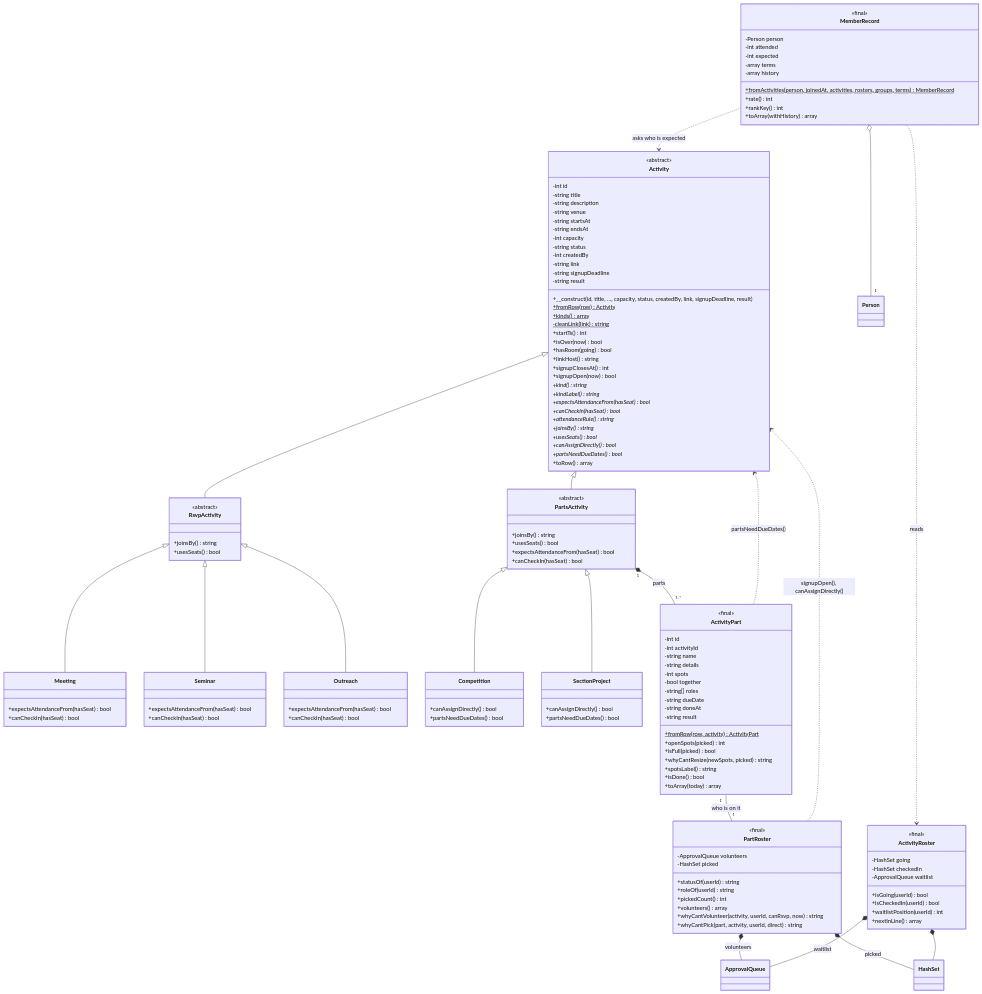
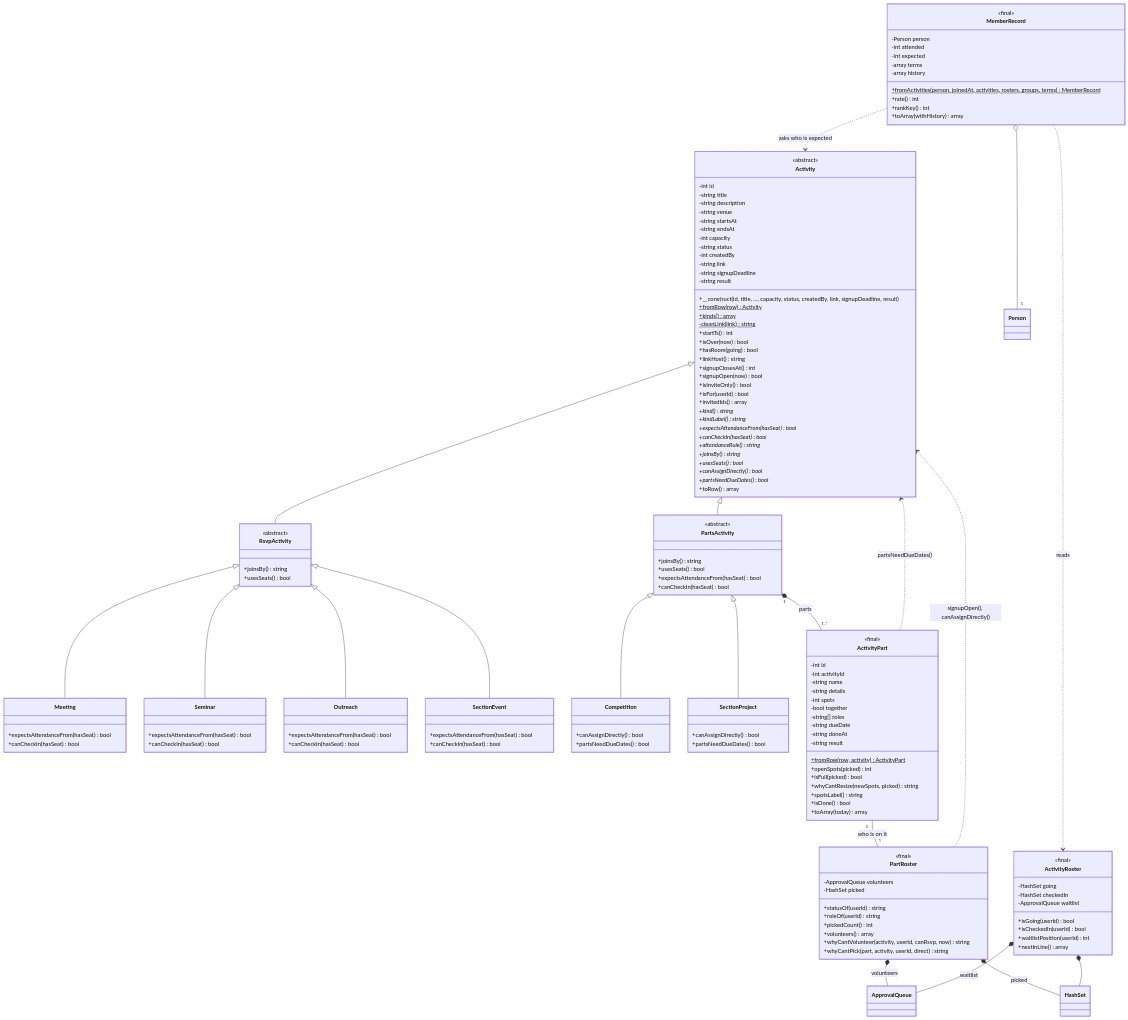
The second of 7 diagrams in docs/CLASS_DIAGRAM.md (rcldvmnl/AcadSync), drawn with Mermaid before and after one commit. The commit also changed other lines of this file and 17 other files, not shown here.

```diff
--- a/docs/CLASS_DIAGRAM.md
+++ b/docs/CLASS_DIAGRAM.md
@@ -145,6 +145,9 @@
         +linkHost() string
         +signupClosesAt() int
         +signupOpen(now) bool
+        +isInviteOnly() bool
+        +isFor(userId) bool
+        +invitedIds() array
         +kind()* string
         +kindLabel()* string
         +expectsAttendanceFrom(hasSeat)* bool
@@ -180,6 +183,10 @@
         +expectsAttendanceFrom(hasSeat) bool
         +canCheckIn(hasSeat) bool
     }
+    class SectionEvent {
+        +expectsAttendanceFrom(hasSeat) bool
+        +canCheckIn(hasSeat) bool
+    }
     class Competition {
         +canAssignDirectly() bool
         +partsNeedDueDates() bool
@@ -193,6 +200,7 @@
     RsvpActivity <|-- Meeting
     RsvpActivity <|-- Seminar
     RsvpActivity <|-- Outreach
+    RsvpActivity <|-- SectionEvent
     PartsActivity <|-- Competition
     PartsActivity <|-- SectionProject
 
```
